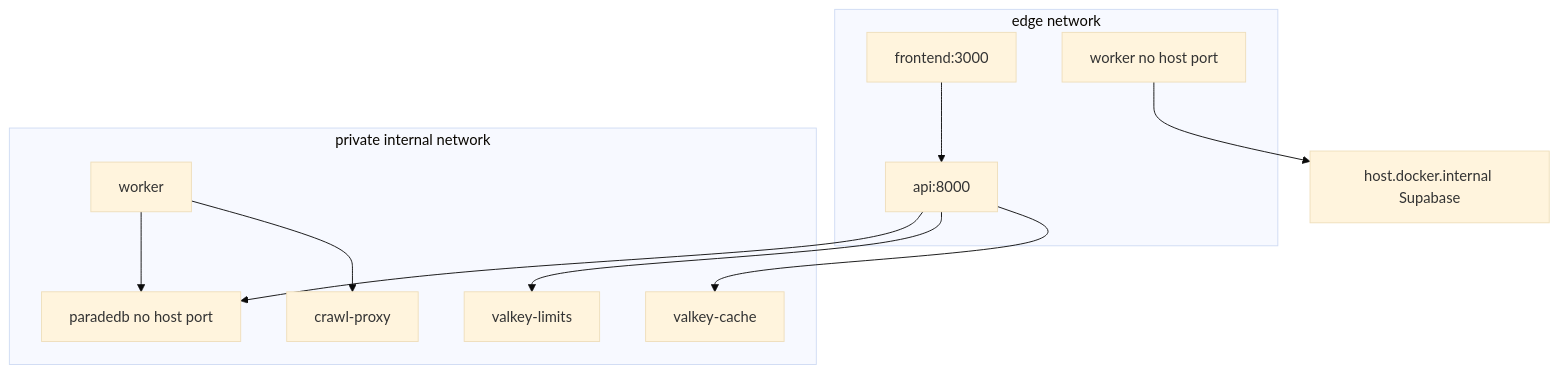
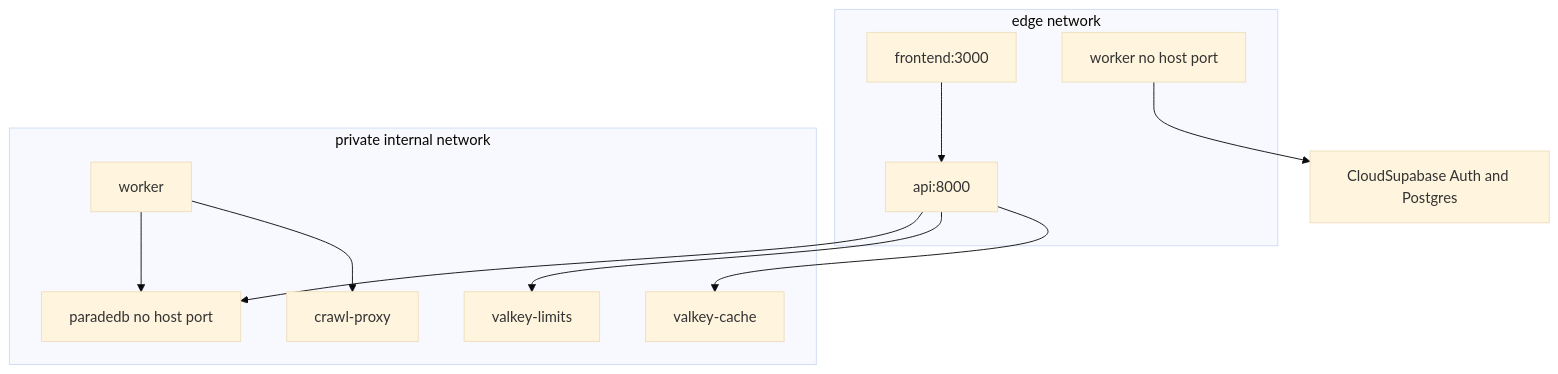
Before and after one commit to Nagdy8888/smart-rag: the first of 3 diagrams in docs/architecture/02-containers.md, drawn with Mermaid (base theme). The commit also changed other lines of this file and 25 other files, not shown here.

Commit message:
docs: ADR for cloud-only Supabase; update setup, security, and runbook docs

````diff
--- a/docs/architecture/02-containers.md
+++ b/docs/architecture/02-containers.md
@@ -13,22 +13,22 @@
 ```mermaid
 flowchart TB
   subgraph edge ["edge network"]
     fe["frontend:3000"]
     api["api:8000"]
     workerEdge["worker no host port"]
   end
   subgraph private ["private internal network"]
     pdb["paradedb no host port"]
     vl["valkey-limits"]
     vc["valkey-cache"]
     cp["crawl-proxy"]
     workerPriv["worker"]
   end
   fe --> api
   api --> pdb
   api --> vl
   api --> vc
   workerPriv --> pdb
   workerPriv --> cp
-  workerEdge --> hostDb["host.docker.internal Supabase"]
+  workerEdge --> cloudDb["CloudSupabase Auth and Postgres"]
 ```
````
